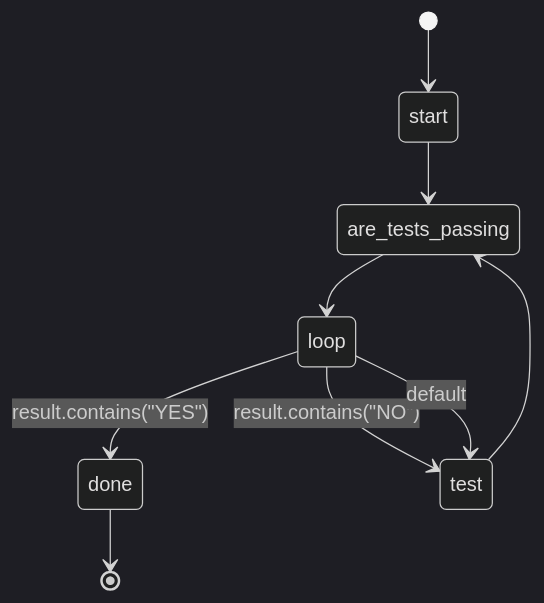
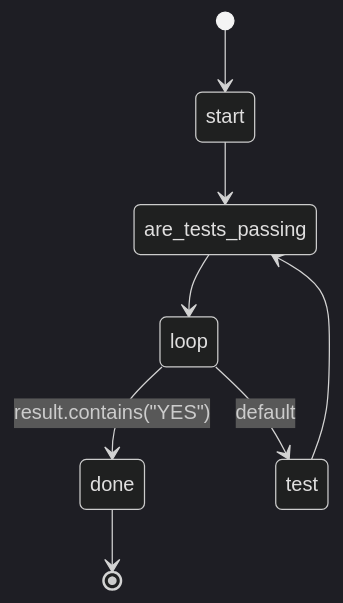
The diagram in builtin/workflows/tdd.md (swissarmyhammer/swissarmyhammer), drawn with Mermaid (dark theme) before and after one commit. The commit also changed 17 other files, not shown here.

````diff
--- a/builtin/workflows/tdd.md
+++ b/builtin/workflows/tdd.md
@@ -10,11 +10,10 @@
 ```mermaid
 stateDiagram-v2
     [*] --> start
     start --> are_tests_passing
     are_tests_passing --> loop
     loop --> done: result.contains("YES")
-    loop --> test: result.contains("NO") 
     loop --> test: default
     test --> are_tests_passing
     done --> [*]
 ```
````
